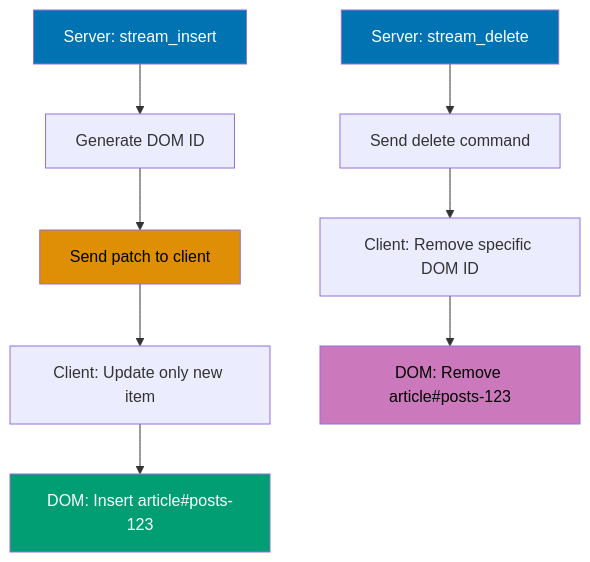
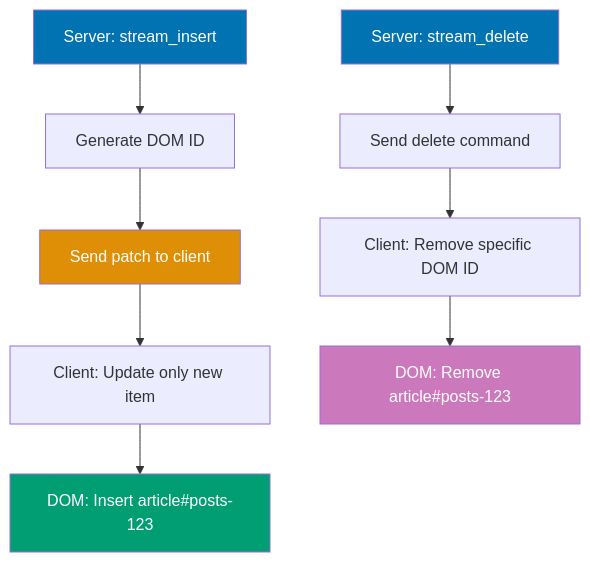
One commit to wahidyankf/open-sharia-enterprise changed the first of 10 diagrams in apps/ayokoding-web/content/en/learn/software-engineering/platform-web/tools/elixir-phoenix/by-example/intermediate.md. Above: the diagram before and after it, drawn with Mermaid. The commit also changed other lines of this file and 61 other files, not shown here.

First line of the commit message:
fix(ayokoding-web): quote Mermaid node labels with special characters in Example 63

````diff
--- a/apps/ayokoding-web/content/en/learn/software-engineering/platform-web/tools/elixir-phoenix/by-example/intermediate.md
+++ b/apps/ayokoding-web/content/en/learn/software-engineering/platform-web/tools/elixir-phoenix/by-example/intermediate.md
@@ -27,18 +27,18 @@
 ```mermaid
 %% LiveView stream update propagation
 graph TD
     A[Server: stream_insert] --> B[Generate DOM ID]
     B --> C[Send patch to client]
     C --> D[Client: Update only new item]
     D --> E[DOM: Insert article#posts-123]
 
     F[Server: stream_delete] --> G[Send delete command]
     G --> H[Client: Remove specific DOM ID]
     H --> I[DOM: Remove article#posts-123]
 
     style A fill:#0173B2,color:#fff
-    style C fill:#DE8F05,color:#000
+    style C fill:#DE8F05,color:#fff
     style E fill:#029E73,color:#fff
     style F fill:#0173B2,color:#fff
-    style I fill:#CC78BC,color:#000
+    style I fill:#CC78BC,color:#fff
 ```
````
